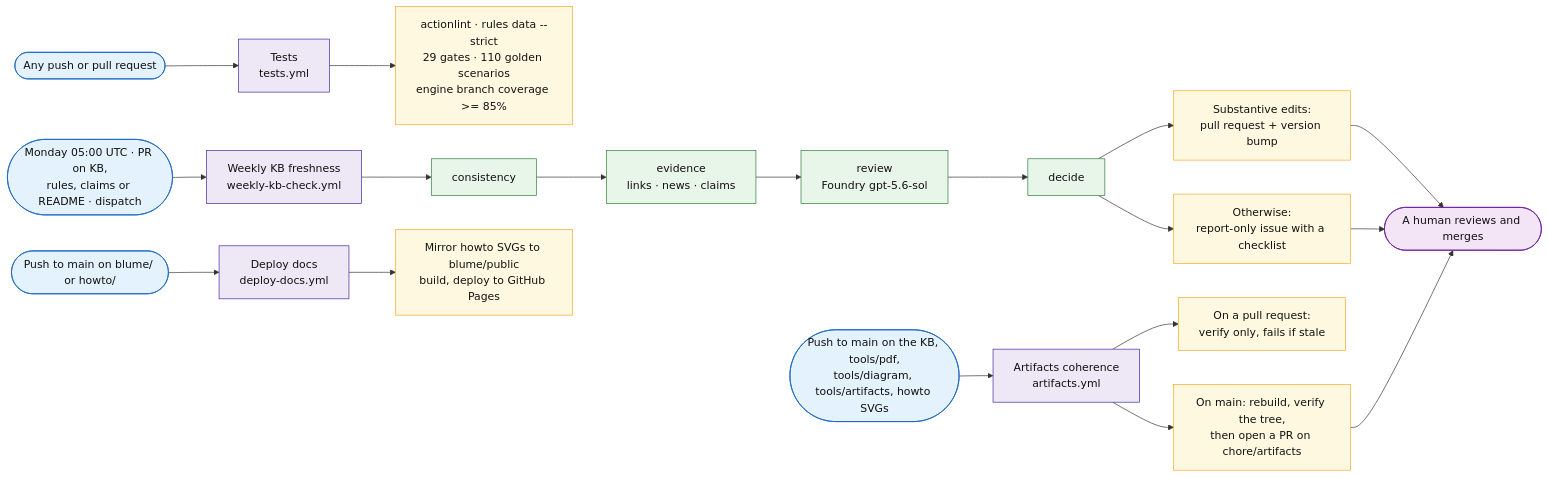
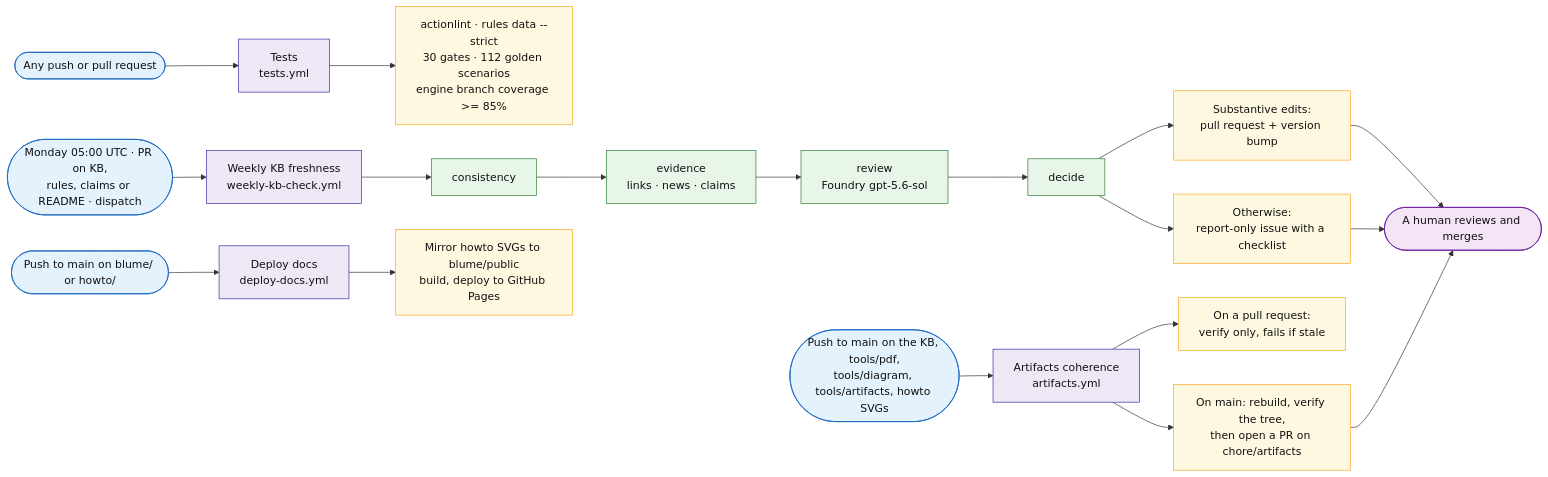
The sixth of 6 diagrams in docs/sql-migration-advisor-developer-pitch.md (fredgis/sql-migration-advisor), drawn with Mermaid before and after one commit. The commit also changed 23 other files, not shown here.

````diff
--- a/docs/sql-migration-advisor-developer-pitch.md
+++ b/docs/sql-migration-advisor-developer-pitch.md
@@ -992,33 +992,33 @@
 ```mermaid
 flowchart LR
     G1([Any push or pull request]) --> W1[Tests<br/>tests.yml]
     G2([Monday 05:00 UTC · PR on KB,<br/>rules, claims or README · dispatch]) --> W2[Weekly KB freshness<br/>weekly-kb-check.yml]
     G3([Push to main on the KB, tools/pdf,<br/>tools/diagram, tools/artifacts, howto SVGs]) --> W3[Artifacts coherence<br/>artifacts.yml]
     G4([Push to main on blume/ or howto/]) --> W4[Deploy docs<br/>deploy-docs.yml]
 
-    W1 --> O1[actionlint · rules data --strict<br/>29 gates · 110 golden scenarios<br/>engine branch coverage >= 85%]
+    W1 --> O1[actionlint · rules data --strict<br/>30 gates · 112 golden scenarios<br/>engine branch coverage >= 85%]
 
     W2 --> C1[consistency] --> C2[evidence<br/>links · news · claims] --> C3[review<br/>Foundry gpt-5.6-sol] --> C4[decide]
     C4 --> O2a[Substantive edits:<br/>pull request + version bump]
     C4 --> O2b[Otherwise:<br/>report-only issue with a checklist]
 
     W3 --> O3a[On a pull request:<br/>verify only, fails if stale]
     W3 --> O3b[On main: rebuild, verify the tree,<br/>then open a PR on chore/artifacts]
 
     W4 --> O4[Mirror howto SVGs to blume/public<br/>build, deploy to GitHub Pages]
 
     O2a --> H([A human reviews and merges])
     O2b --> H
     O3b --> H
 
     classDef trig fill:#e3f2fd,stroke:#1565c0,color:#111
     classDef flow fill:#ede7f6,stroke:#4527a0,color:#111
     classDef step fill:#e8f5e9,stroke:#2e7d32,color:#111
     classDef out fill:#fff8e1,stroke:#f9a825,color:#111
     classDef human fill:#f3e5f5,stroke:#6a1b9a,color:#111
     class G1,G2,G3,G4 trig
     class W1,W2,W3,W4 flow
     class C1,C2,C3,C4 step
     class O1,O2a,O2b,O3a,O3b,O4 out
     class H human
 ```
````
